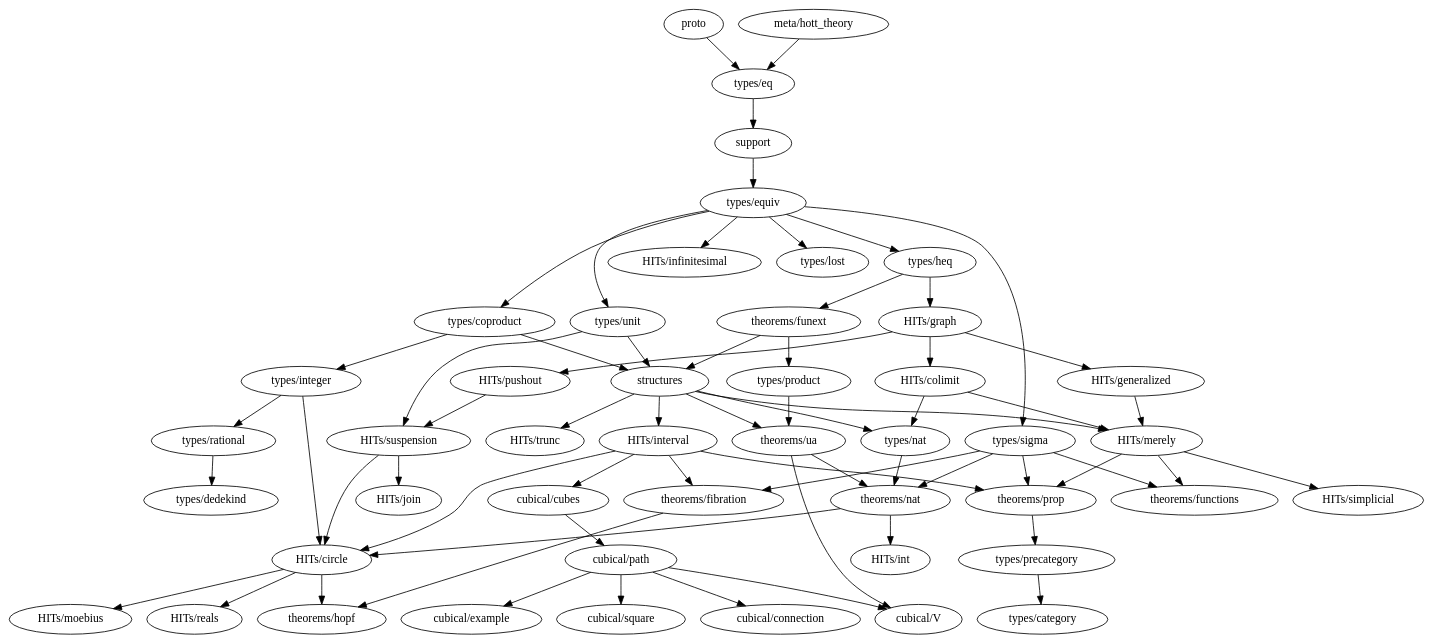
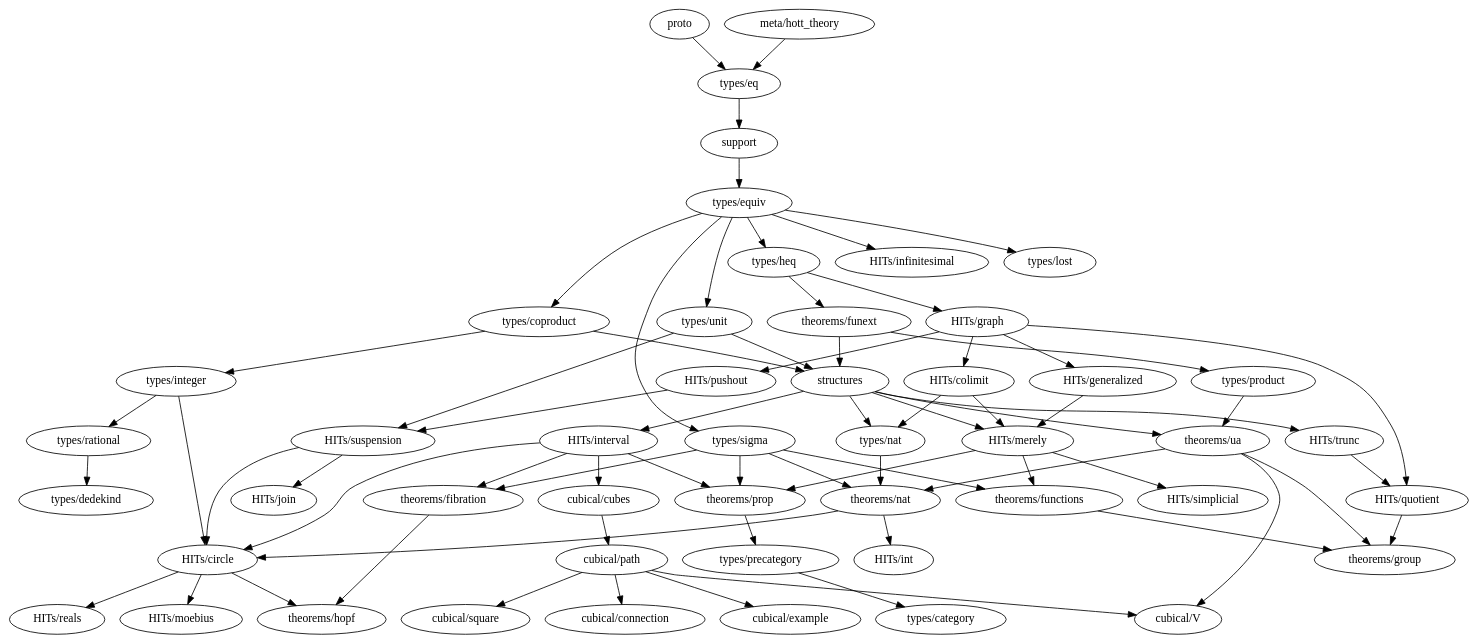
The diagram in dependency_map.gv (forked-from-1kasper/ground_zero), drawn with Graphviz before and after one commit. The commit also changed 6 other files, not shown here.

```diff
--- a/dependency_map.gv
+++ b/dependency_map.gv
@@ -1,100 +1,103 @@
 digraph dependency_map {
   proto -> "types/eq"
   "meta/hott_theory" -> "types/eq"
   support -> "types/equiv"
   structures -> {
     "theorems/ua",
     "HITs/interval",
     "HITs/merely",
     "HITs/trunc",
     "types/nat"
   }
 
   subgraph types {
     "types/category"
     "types/coproduct" -> { "types/integer", structures }
     "types/dedekind"
     "types/eq" -> { support }
     "types/equiv" -> {
       "types/heq",
       "HITs/infinitesimal",
       "types/coproduct",
       "types/lost",
       "types/unit",
       "types/sigma"
     }
     "types/heq" -> {
       "HITs/graph", "theorems/funext"
     }
     "types/integer" -> {
       "HITs/circle",
       "types/rational"
     }
     "types/lost"
     "types/nat" -> { "theorems/nat" }
     "types/precategory" -> { "types/category" }
     "types/product" -> { "theorems/ua" }
     "types/rational" -> { "types/dedekind" }
     "types/sigma" -> {
       "theorems/fibration", "theorems/prop",
       "theorems/nat", "theorems/functions"
     }
     "types/unit" -> { structures, "HITs/suspension" }
   }
 
   subgraph HITs {
     "HITs/circle" -> { "theorems/hopf", "HITs/moebius", "HITs/reals" }
     "HITs/colimit" -> { "HITs/merely", "types/nat" }
     "HITs/generalized" -> "HITs/merely"
     "HITs/graph" -> {
       "HITs/colimit",
       "HITs/generalized",
-      "HITs/pushout"
+      "HITs/pushout",
+      "HITs/quotient"
     }
     "HITs/infinitesimal"
     "HITs/interval" -> {
       "cubical/cubes"
       "HITs/circle",
       "theorems/prop",
       "theorems/fibration"
     }
     "HITs/join"
     "HITs/merely" -> {
       "theorems/prop",
       "HITs/simplicial",
       "theorems/functions"
     }
     "HITs/moebius"
     "HITs/pushout" -> {
       "HITs/suspension"
     }
+    "HITs/quotient" -> { "theorems/group" }
     "HITs/reals"
     "HITs/simplicial"
     "HITs/suspension" -> { "HITs/circle", "HITs/join" }
-    "HITs/trunc"
+    "HITs/trunc" -> { "HITs/quotient" }
   }
 
   subgraph cubical {
     "cubical/connection"
     "cubical/cubes" -> "cubical/path"
     "cubical/example"
     "cubical/path" -> {
       "cubical/square",
       "cubical/example",
       "cubical/V",
       "cubical/connection"
     }
     "cubical/square"
     "cubical/V"
   }
 
   subgraph theorems {
     "theorems/fibration" -> { "theorems/hopf" }
-    "theorems/functions"
+    "theorems/functions" -> { "theorems/group" }
     "theorems/funext" -> { structures, "types/product" }
+    "theorems/group"
     "theorems/hopf"
     "theorems/nat" -> { "HITs/circle", "HITs/int" }
     "theorems/prop" -> { "types/precategory" }
-    "theorems/ua" -> { "theorems/nat", "cubical/V" }
+    "theorems/ua" -> { "theorems/group", "theorems/nat", "cubical/V" }
   }
 }
```
